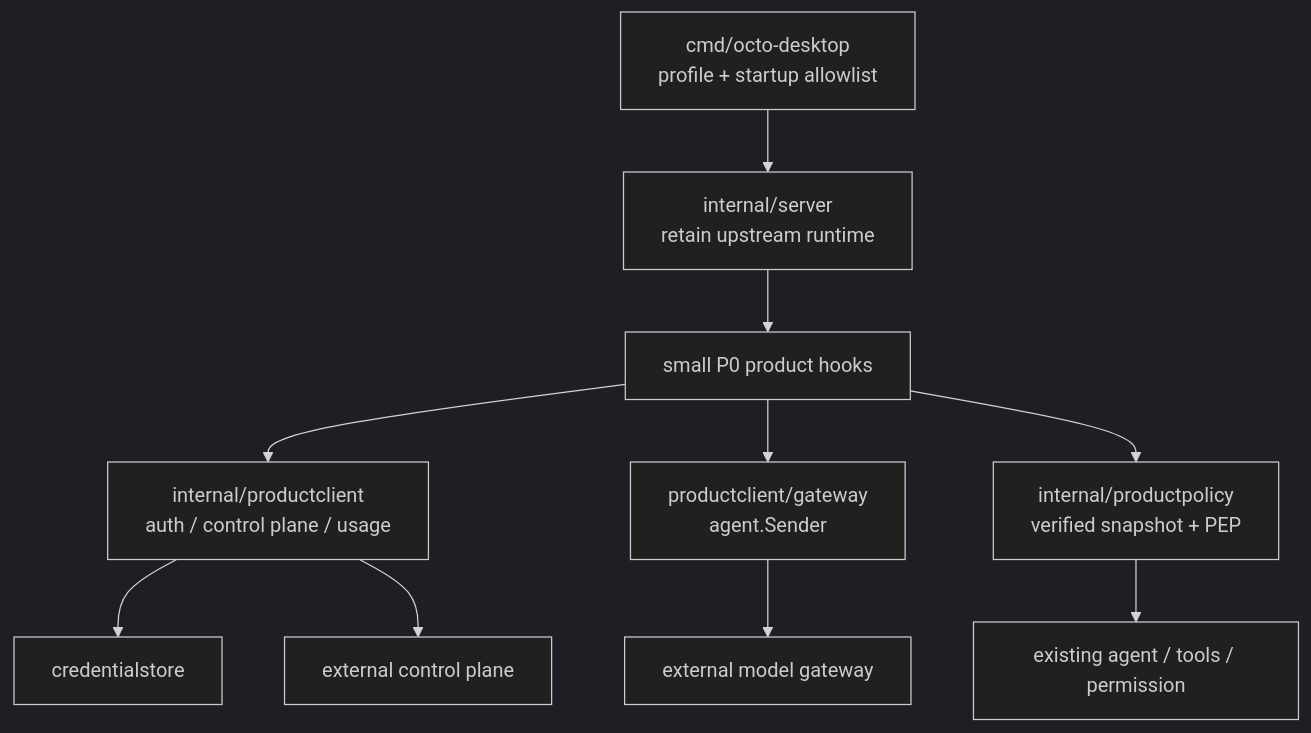
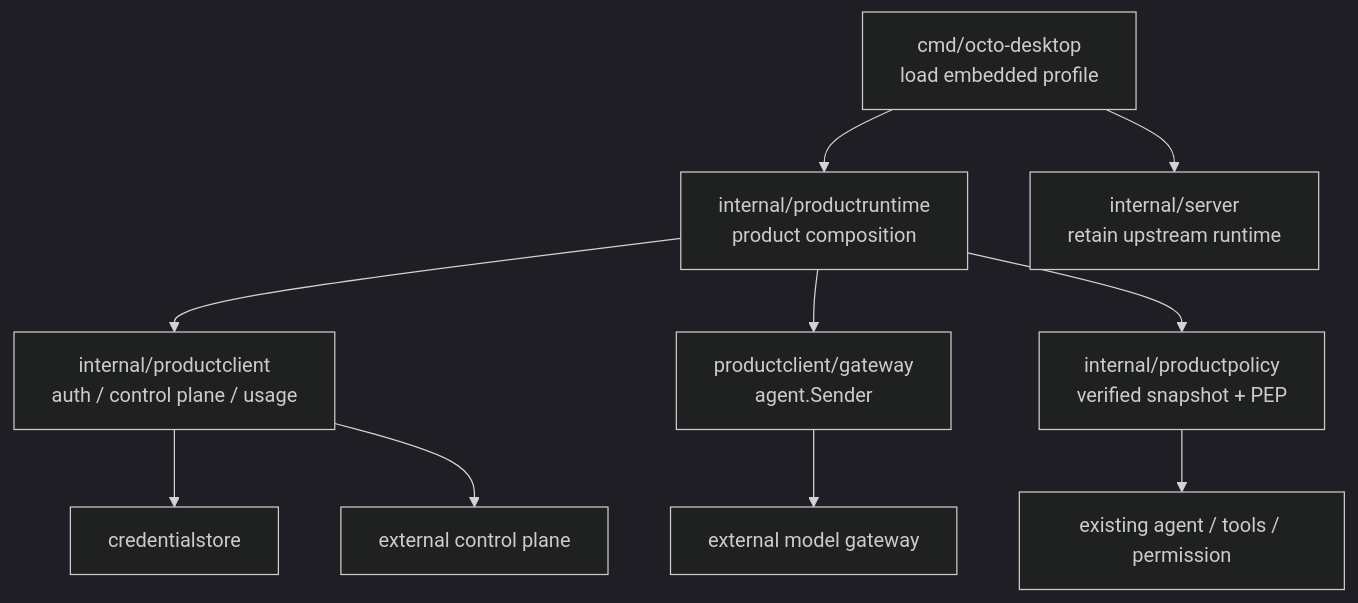
The first of 2 diagrams in dev-docs-usdable/需求/20260909/P0-正式服务与Agent演进/README.md (USDAble/buding-box-client), drawn with Mermaid (dark theme) before and after one commit. The commit also changed other lines of this file and 73 other files, not shown here.

````diff
--- a/dev-docs-usdable/需求/20260909/P0-正式服务与Agent演进/README.md
+++ b/dev-docs-usdable/需求/20260909/P0-正式服务与Agent演进/README.md
@@ -18,12 +18,12 @@
 ```mermaid
 flowchart TB
-    D[cmd/octo-desktop<br/>profile + startup allowlist] --> S[internal/server<br/>retain upstream runtime]
-    S --> H[small P0 product hooks]
-    H --> C[internal/productclient<br/>auth / control plane / usage]
-    H --> G[productclient/gateway<br/>agent.Sender]
-    H --> P[internal/productpolicy<br/>verified snapshot + PEP]
+    D[cmd/octo-desktop<br/>load embedded profile] --> R[internal/productruntime<br/>product composition]
+    D --> S[internal/server<br/>retain upstream runtime]
+    R --> C[internal/productclient<br/>auth / control plane / usage]
+    R --> G[productclient/gateway<br/>agent.Sender]
+    R --> P[internal/productpolicy<br/>verified snapshot + PEP]
     C --> K[credentialstore]
     C --> CP[external control plane]
     G --> GW[external model gateway]
     P --> T[existing agent / tools / permission]
 ```
````
